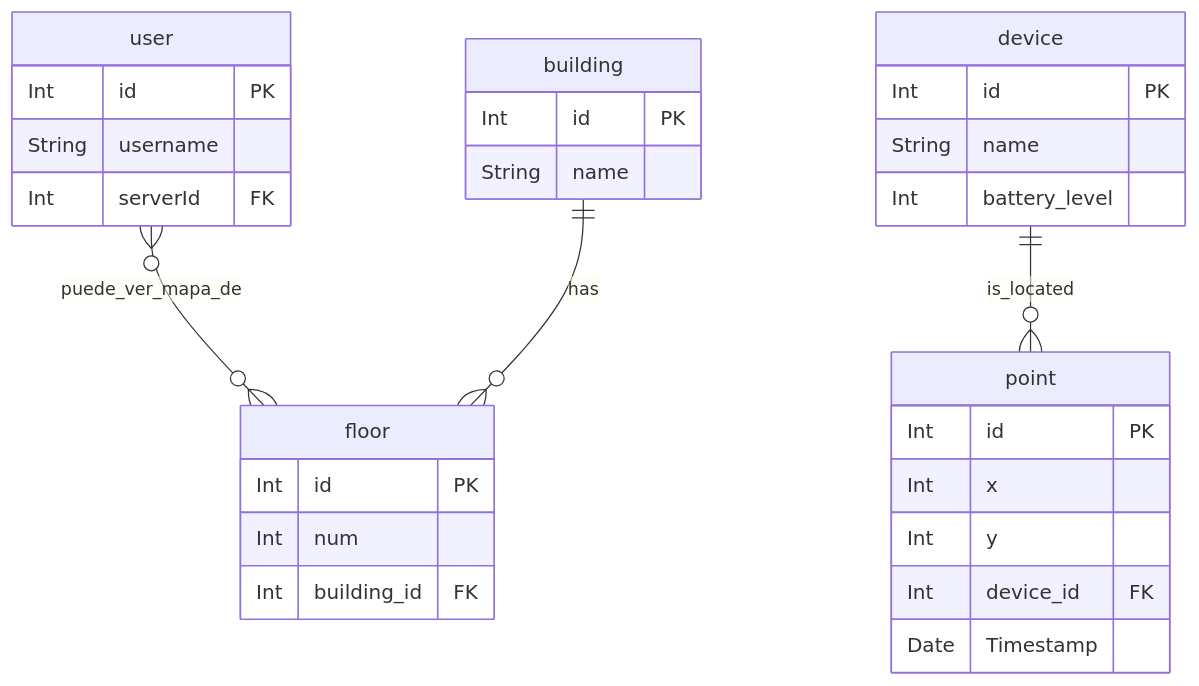
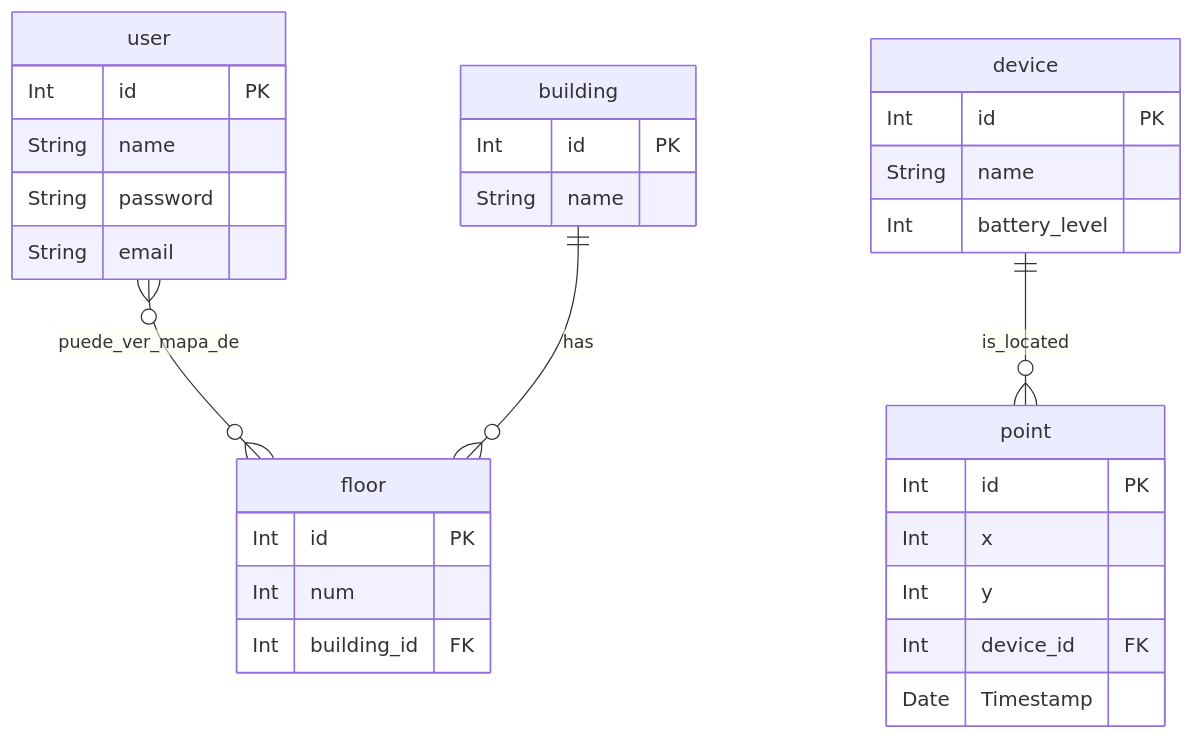
Before and after one commit to NicasioSirvent/siloin_base: the diagram in ER.md, drawn with Mermaid.

````diff
--- a/ER.md
+++ b/ER.md
@@ -1,40 +1,41 @@
 ```mermaid
 erDiagram
     user {
         Int id PK
-        String username
-        Int serverId FK
+        String name
+        String password
+        String email
     }
 
  
     user }o--o{ floor : puede_ver_mapa_de
 
 
     building {
         Int id PK
         String name
     }
 
     floor {
         Int id PK
         Int num
         Int building_id FK
     }
     building ||--o{ floor : has
 
     device {
         Int id PK
         String name
         Int battery_level
     }
 
     point {
         Int id PK
         Int x
         Int y
         Int device_id FK
         Date Timestamp 
     }
     device ||--o{ point : is_located
 
 ```
````
